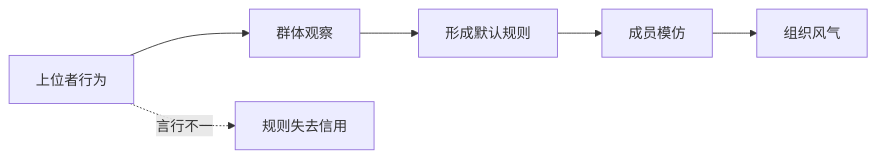
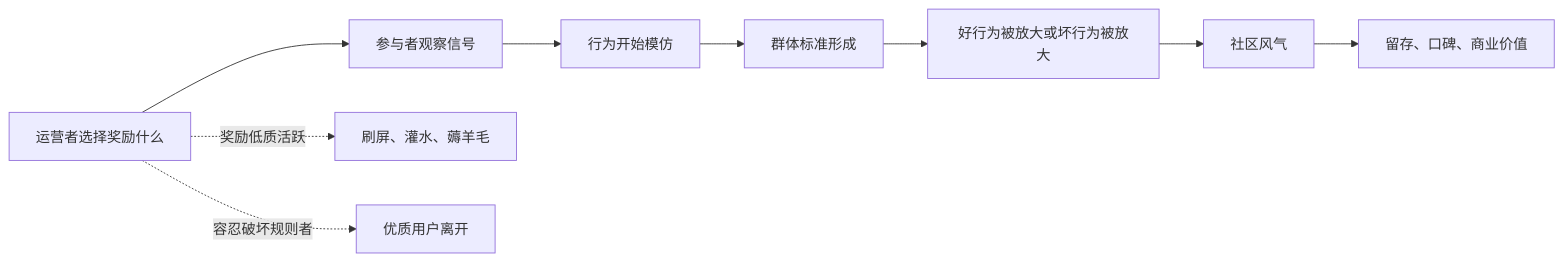
One commit to digoal/blog changed the second of 2 diagrams in 202605/20260518_20.md. Above: the diagram before and after it, drawn with Mermaid. The commit also changed other lines of this file and 26 other files, not shown here.

````diff
--- a/202605/20260518_20.md
+++ b/202605/20260518_20.md
@@ -22,8 +199,12 @@
 ```mermaid
 flowchart LR
-  A["上位者行为"] --> B["群体观察"]
-  B --> C["形成默认规则"]
-  C --> D["成员模仿"]
-  D --> E["组织风气"]
-  A -. "言行不一" .-> F["规则失去信用"]
+  A["运营者选择奖励什么"] --> B["参与者观察信号"]
+  B --> C["行为开始模仿"]
+  C --> D["群体标准形成"]
+  D --> E["好行为被放大或坏行为被放大"]
+  E --> F["社区风气"]
+  F --> G["留存、口碑、商业价值"]
+
+  A -. "奖励低质活跃" .-> H["刷屏、灌水、薅羊毛"]
+  A -. "容忍破坏规则者" .-> I["优质用户离开"]
 ```
````
